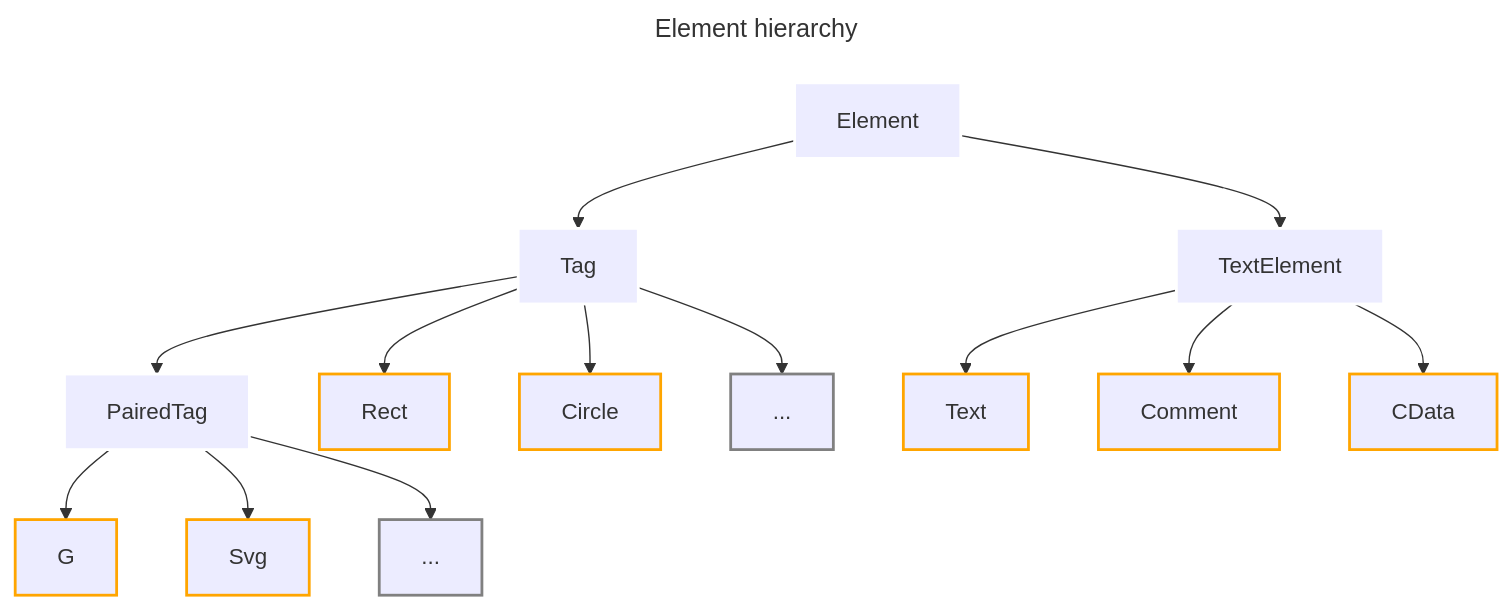
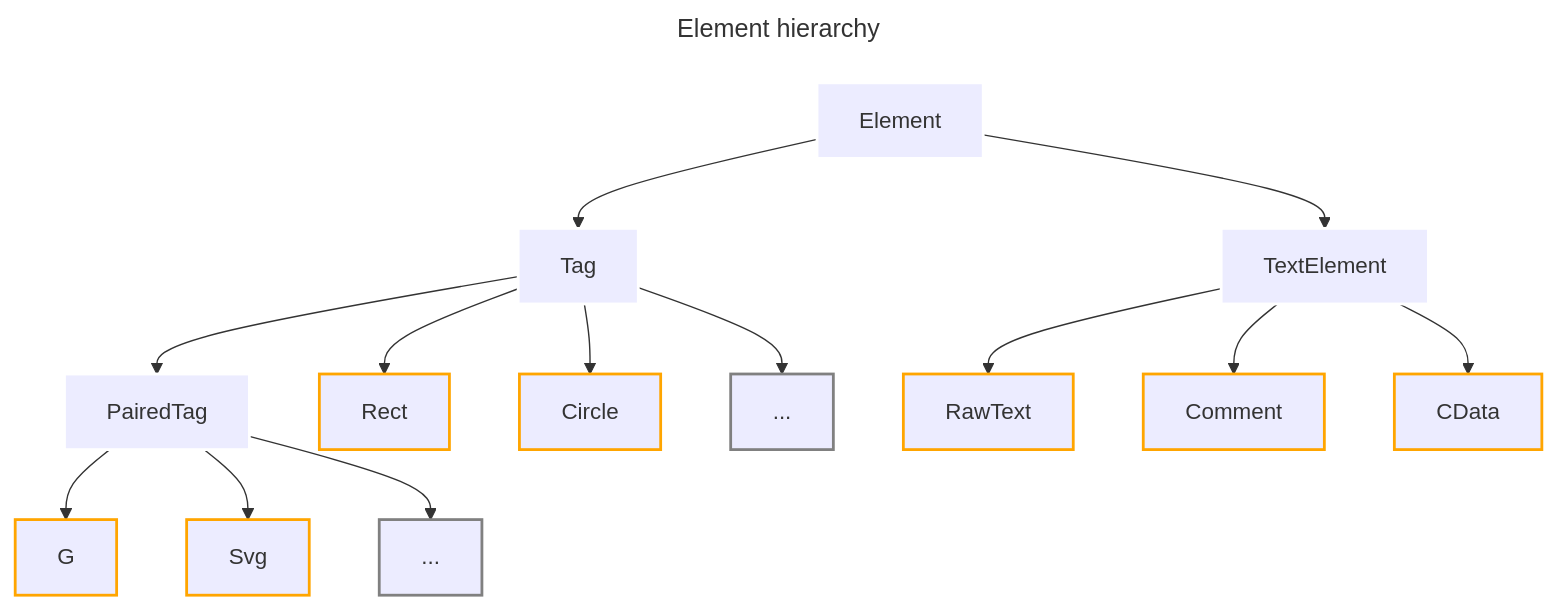
One commit to reznakt/svglab changed the diagram in README.md. Above: the diagram before and after it, drawn with Mermaid.

Commit message:
Rename Text to RawText

````diff
--- a/README.md
+++ b/README.md
@@ -69,30 +69,30 @@
 ```mermaid
 ---
 title: Element hierarchy
 ---
 
 graph TD
   Element:::abc --> TextElement
   Element --> Tag
 
   Tag:::abc --> PairedTag
 
   PairedTag:::abc --> G
   PairedTag --> Svg
   PairedTag --> etc1[...]
 
   Tag --> Rect
   Tag --> Circle
   Tag --> etc2[...]
 
-  TextElement:::abc --> Text
+  TextElement:::abc --> RawText
   TextElement --> Comment
   TextElement --> CData
 
   etc1:::etc
   etc2:::etc
 
   classDef abc stroke:white,stroke-width:2px;
   classDef etc stroke:gray,stroke-width:2px;
   classDef default stroke:orange,stroke-width:2px;
 ```
````
